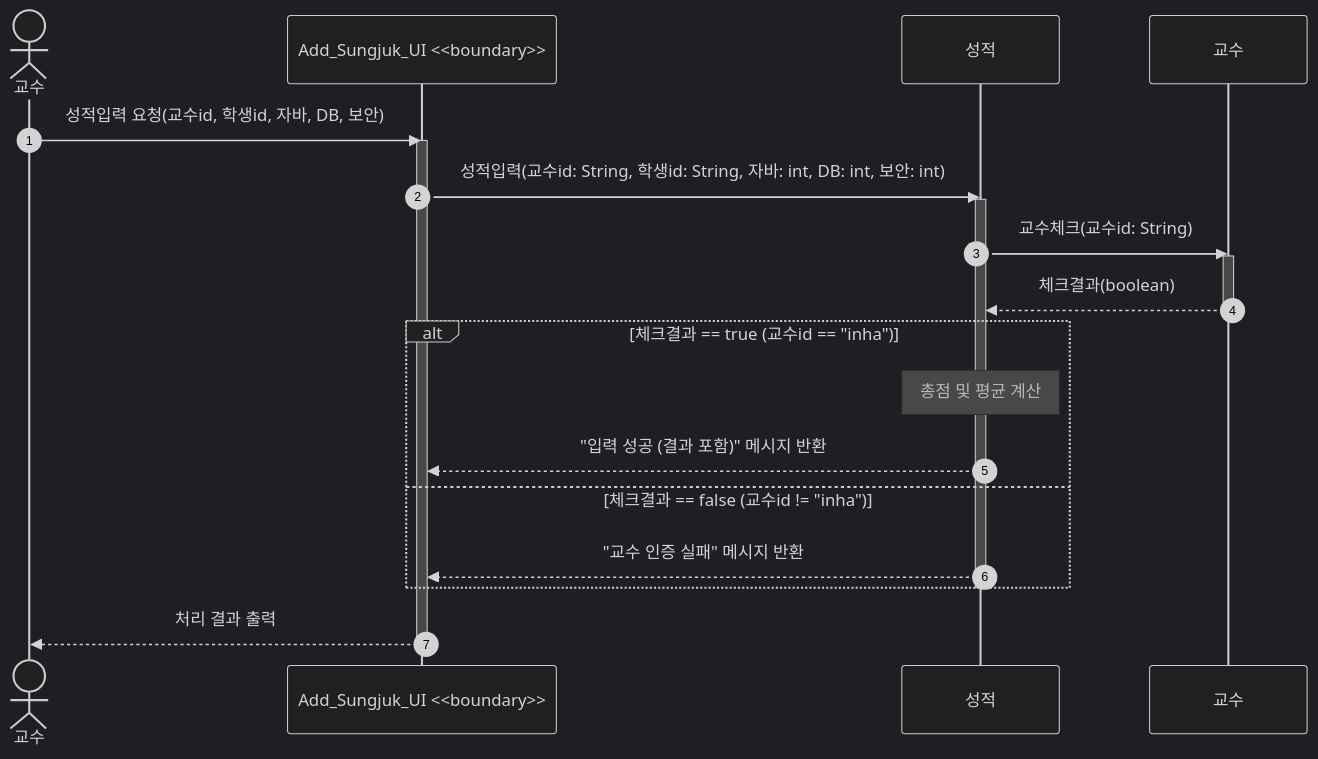
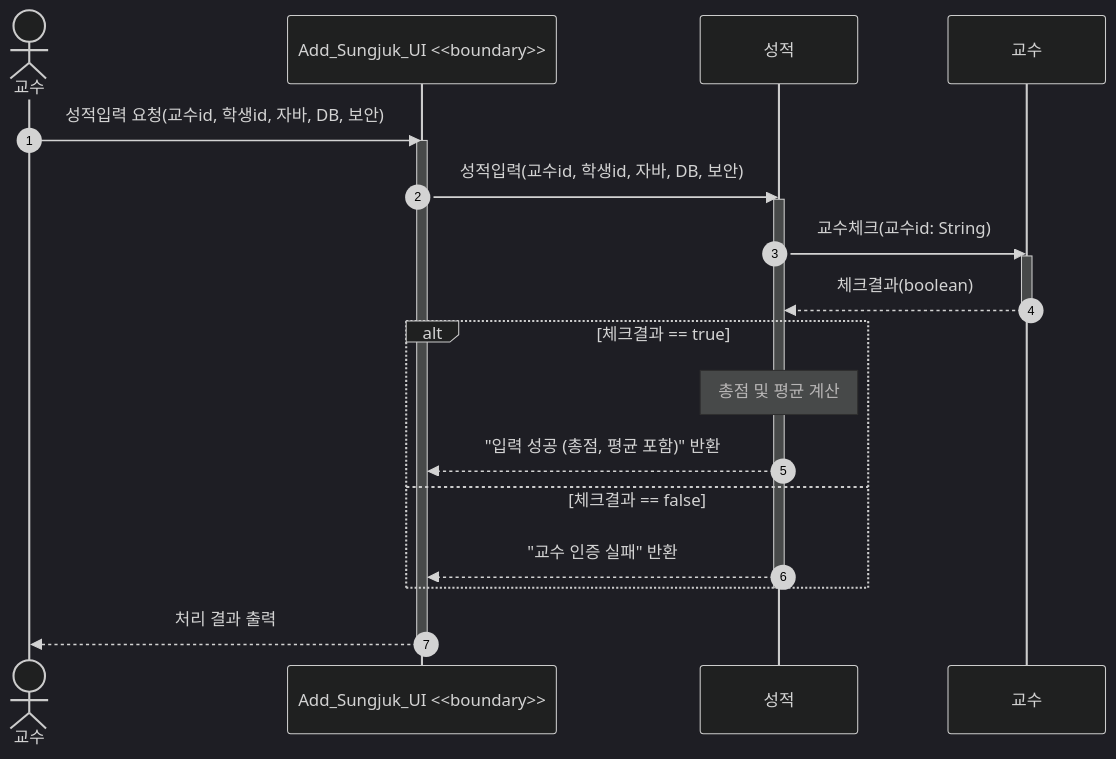
The diagram in 성적입력 시퀀스 다이어그램.md (ChaJunHo0516/SungJuk_B_05), drawn with Mermaid (dark theme) before and after one commit. The commit also changed 4 other files, not shown here.

````diff
--- a/성적입력 시퀀스 다이어그램.md
+++ b/성적입력 시퀀스 다이어그램.md
@@ -1,30 +1,30 @@
 ```mermaid
 sequenceDiagram
-autonumber
-actor 교수
-participant UI as Add_Sungjuk_UI <<boundary>>
-participant Score as 성적
-participant Prof as 교수
+    autonumber
+    actor 교수
+    participant UI as Add_Sungjuk_UI <<boundary>>
+    participant Score as 성적
+    participant Prof as 교수
 
     교수->>UI: 성적입력 요청(교수id, 학생id, 자바, DB, 보안)
     activate UI
 
-    UI->>Score: 성적입력(교수id: String, 학생id: String, 자바: int, DB: int, 보안: int)
+    UI->>Score: 성적입력(교수id, 학생id, 자바, DB, 보안)
     activate Score
 
     Score->>Prof: 교수체크(교수id: String)
     activate Prof
     Prof-->>Score: 체크결과(boolean)
     deactivate Prof
 
-    alt 체크결과 == true (교수id == "inha")
+    alt 체크결과 == true
         Note over Score: 총점 및 평균 계산
-        Score-->>UI: "입력 성공 (결과 포함)" 메시지 반환
-    else 체크결과 == false (교수id != "inha")
-        Score-->>UI: "교수 인증 실패" 메시지 반환
+        Score-->>UI: "입력 성공 (총점, 평균 포함)" 반환
+    else 체크결과 == false
+        Score-->>UI: "교수 인증 실패" 반환
     end
     deactivate Score
 
     UI-->>교수: 처리 결과 출력
     deactivate UI
 ```
````
